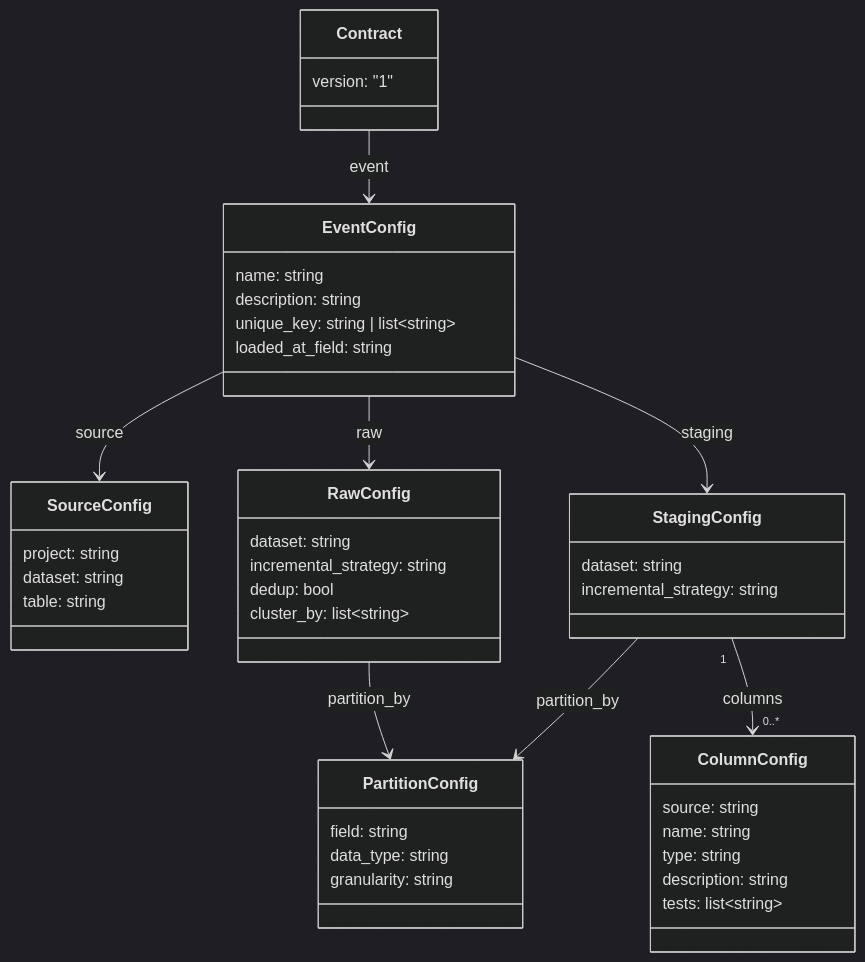
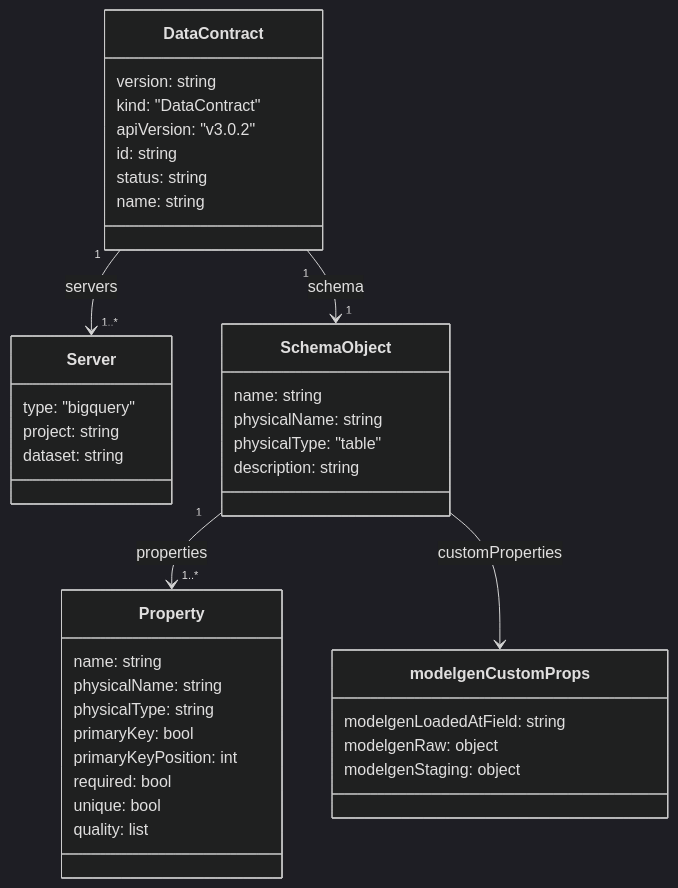
The diagram in docs/reference.md (wraith-proxy/wraith-modelgen), drawn with Mermaid (dark theme) before and after one commit. The commit also changed other lines of this file and 13 other files, not shown here.

````diff
--- a/docs/reference.md
+++ b/docs/reference.md
@@ -7,47 +7,42 @@
 ```mermaid
 classDiagram
-    class Contract {
-        version: "1"
+    class DataContract {
+        version: string
+        kind: "DataContract"
+        apiVersion: "v3.0.2"
+        id: string
+        status: string
+        name: string
     }
-    class EventConfig {
-        name: string
-        description: string
-        unique_key: string | list~string~
-        loaded_at_field: string
-    }
-    class SourceConfig {
+    class Server {
+        type: "bigquery"
         project: string
         dataset: string
-        table: string
     }
-    class RawConfig {
-        dataset: string
-        incremental_strategy: string
-        dedup: bool
-        cluster_by: list~string~
+    class SchemaObject {
+        name: string
+        physicalName: string
+        physicalType: "table"
+        description: string
     }
-    class PartitionConfig {
-        field: string
-        data_type: string
-        granularity: string
+    class Property {
+        name: string
+        physicalName: string
+        physicalType: string
+        primaryKey: bool
+        primaryKeyPosition: int
+        required: bool
+        unique: bool
+        quality: list
     }
-    class StagingConfig {
-        dataset: string
-        incremental_strategy: string
-    }
-    class ColumnConfig {
-        source: string
-        name: string
-        type: string
-        description: string
-        tests: list~string~
+    class modelgenCustomProps {
+        modelgenLoadedAtField: string
+        modelgenRaw: object
+        modelgenStaging: object
     }
 
-    Contract --> EventConfig : event
-    EventConfig --> SourceConfig : source
-    EventConfig --> RawConfig : raw
-    EventConfig --> StagingConfig : staging
-    RawConfig --> PartitionConfig : partition_by
-    StagingConfig --> PartitionConfig : partition_by
-    StagingConfig "1" --> "0..*" ColumnConfig : columns
+    DataContract "1" --> "1..*" Server : servers
+    DataContract "1" --> "1" SchemaObject : schema
+    SchemaObject "1" --> "1..*" Property : properties
+    SchemaObject --> modelgenCustomProps : customProperties
 ```
````
